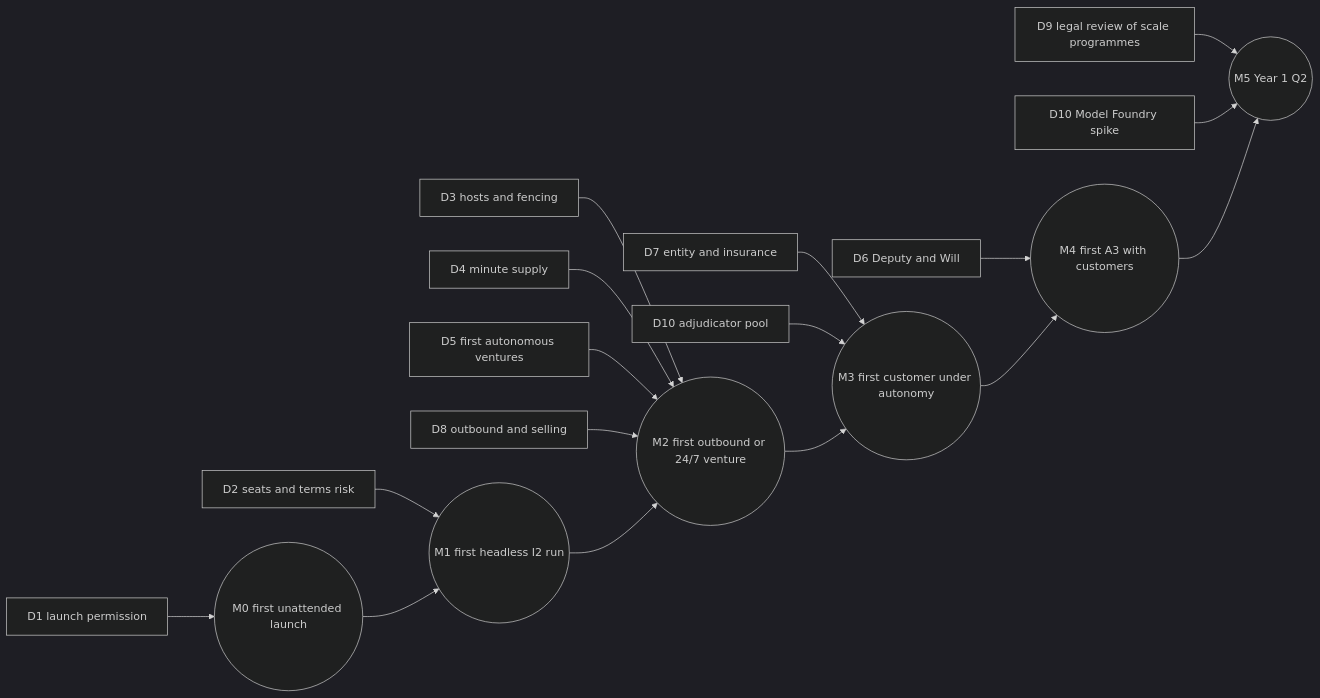
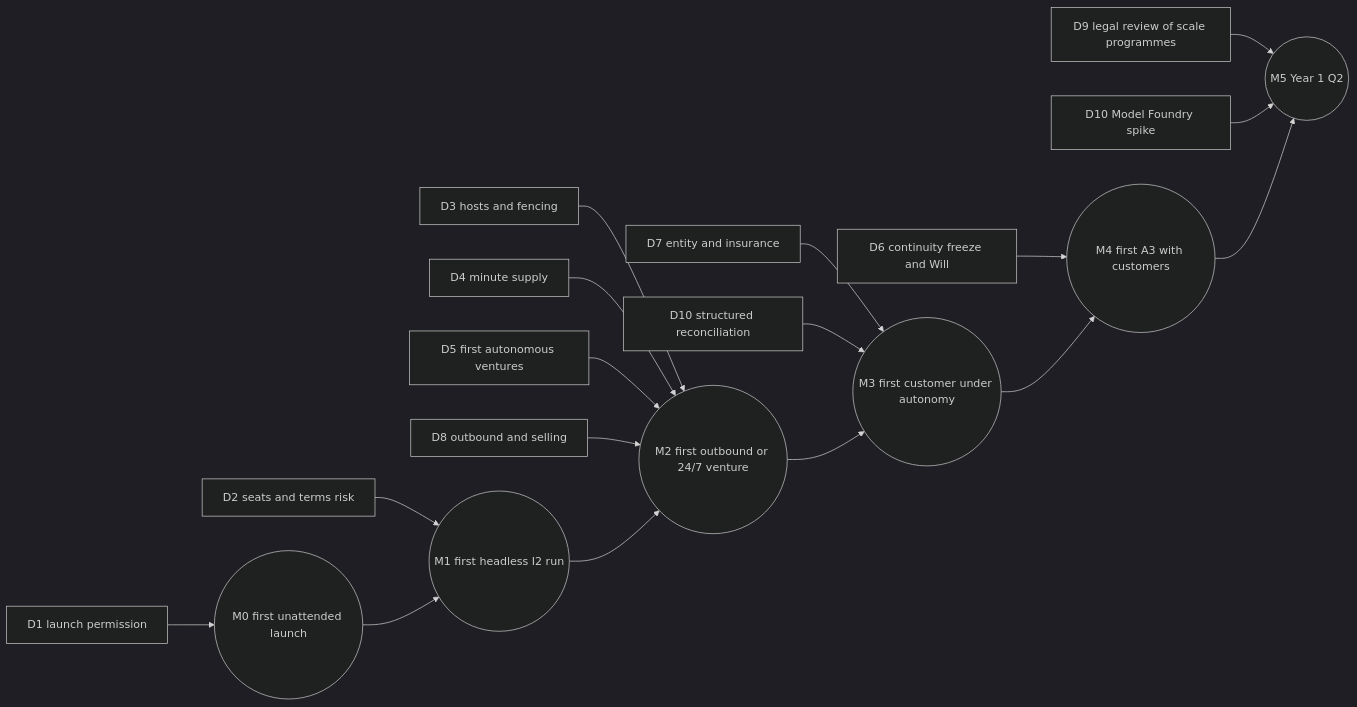
The third of 3 diagrams in docs/vision-v3/15-RISKS-AND-DECISIONS.md (Adam077K/agentvibe), drawn with Mermaid (dark theme) before and after one commit. The commit also changed other lines of this file and 15 other files, not shown here.

````diff
--- a/docs/vision-v3/15-RISKS-AND-DECISIONS.md
+++ b/docs/vision-v3/15-RISKS-AND-DECISIONS.md
@@ -361,15 +362,15 @@
 ```mermaid
 flowchart LR
   D1[D1 launch permission] --> M0((M0 first unattended launch))
   D2[D2 seats and terms risk] --> M1((M1 first headless I2 run))
   D3[D3 hosts and fencing] --> M2((M2 first outbound or 24/7 venture))
   D4[D4 minute supply] --> M2
   D5[D5 first autonomous ventures] --> M2
   D8[D8 outbound and selling] --> M2
   D7[D7 entity and insurance] --> M3((M3 first customer under autonomy))
-  D10a[D10 adjudicator pool] --> M3
-  D6[D6 Deputy and Will] --> M4((M4 first A3 with customers))
+  D10a[D10 structured reconciliation] --> M3
+  D6[D6 continuity freeze and Will] --> M4((M4 first A3 with customers))
   D9[D9 legal review of scale programmes] --> M5((M5 Year 1 Q2))
   D10b[D10 Model Foundry spike] --> M5
   M0 --> M1 --> M2 --> M3 --> M4 --> M5
 ```
````
